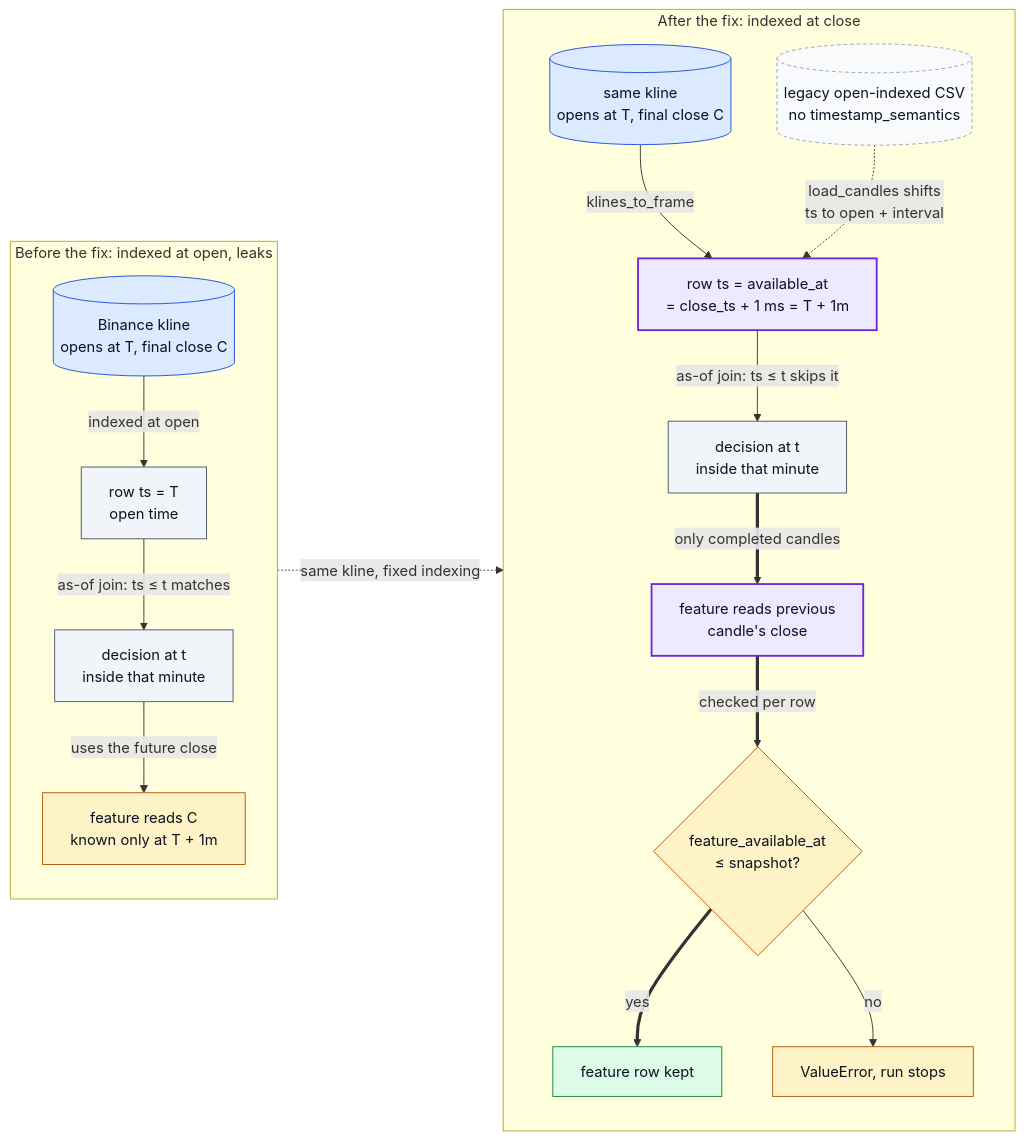
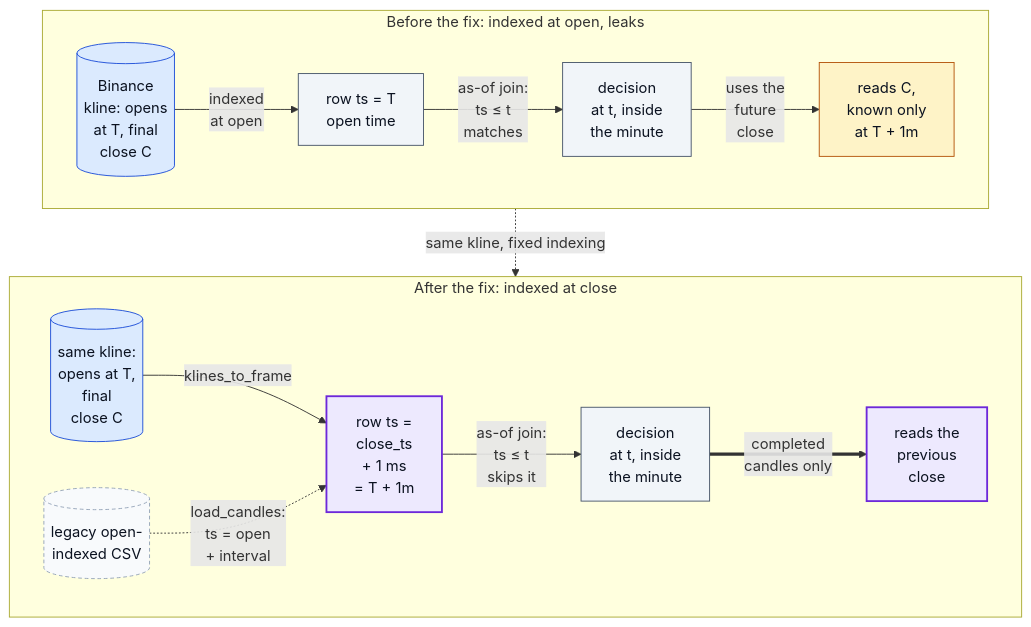
One commit to oscar-chw/Polymarket-Crypto-5min changed the third of 3 diagrams in README.md. Above: the diagram before and after it, drawn with Mermaid. The commit also changed other lines of this file and 1 other file, not shown here.

Commit message:
docs: make diagrams legible at README width

````diff
--- a/README.md
+++ b/README.md
@@ -151,39 +151,33 @@
 ```mermaid
-flowchart LR
+flowchart TB
   subgraph WRONG["Before the fix: indexed at open, leaks"]
-    direction TB
-    W1[("Binance kline<br/>opens at T, final close C")]:::data
+    direction LR
+    W1[("Binance<br/>kline: opens<br/>at T, final<br/>close C")]:::data
     W2["row ts = T<br/>open time"]:::step
-    W3["decision at t<br/>inside that minute"]:::step
-    W4["feature reads C<br/>known only at T + 1m"]:::gate
-    W1 -->|"indexed at open"| W2
-    W2 -->|"as-of join: ts ≤ t matches"| W3
-    W3 -->|"uses the future close"| W4
+    W3["decision<br/>at t, inside<br/>the minute"]:::step
+    W4["reads C,<br/>known only<br/>at T + 1m"]:::gate
+    W1 -->|"indexed<br/>at open"| W2
+    W2 -->|"as-of join:<br/>ts ≤ t<br/>matches"| W3
+    W3 -->|"uses the<br/>future<br/>close"| W4
   end
-  W1 -.->|"same kline, fixed indexing"| R1
   subgraph RIGHT["After the fix: indexed at close"]
-    direction TB
-    R1[("same kline<br/>opens at T, final close C")]:::data
-    R2["row ts = available_at<br/>= close_ts + 1 ms = T + 1m"]:::key
-    R3["decision at t<br/>inside that minute"]:::step
-    R4["feature reads previous<br/>candle's close"]:::key
-    R5{"feature_available_at<br/>≤ snapshot?"}:::gate
-    R6["feature row kept"]:::out
-    R7["ValueError, run stops"]:::gate
+    direction LR
+    R1[("same kline:<br/>opens at T,<br/>final<br/>close C")]:::data
+    LEG[("legacy open-<br/>indexed CSV")]:::ext
+    R2["row ts =<br/>close_ts<br/>+ 1 ms<br/>= T + 1m"]:::key
+    R3["decision<br/>at t, inside<br/>the minute"]:::step
+    R4["reads the<br/>previous<br/>close"]:::key
     R1 -->|"klines_to_frame"| R2
-    R2 -->|"as-of join: ts ≤ t skips it"| R3
-    R3 ==>|"only completed candles"| R4
-    R4 ==>|"checked per row"| R5
-    R5 ==>|"yes"| R6
-    R5 -->|"no"| R7
-    LEG[("legacy open-indexed CSV<br/>no timestamp_semantics")]:::ext
-    LEG -.->|"load_candles shifts<br/>ts to open + interval"| R2
+    LEG -.->|"load_candles:<br/>ts = open<br/>+ interval"| R2
+    R2 -->|"as-of join:<br/>ts ≤ t<br/>skips it"| R3
+    R3 ==>|"completed<br/>candles only"| R4
   end
+  WRONG -.->|"same kline, fixed indexing"| RIGHT
 
   classDef data fill:#dbeafe,stroke:#1d4ed8,color:#0b1220
   classDef step fill:#f1f5f9,stroke:#475569,color:#0b1220
   classDef gate fill:#fef3c7,stroke:#b45309,color:#0b1220
   classDef out  fill:#dcfce7,stroke:#15803d,color:#0b1220
   classDef ext  fill:#f8fafc,stroke:#94a3b8,color:#0b1220,stroke-dasharray:4 3
   classDef key  fill:#ede9fe,stroke:#6d28d9,color:#0b1220,stroke-width:2px
 ```
````
